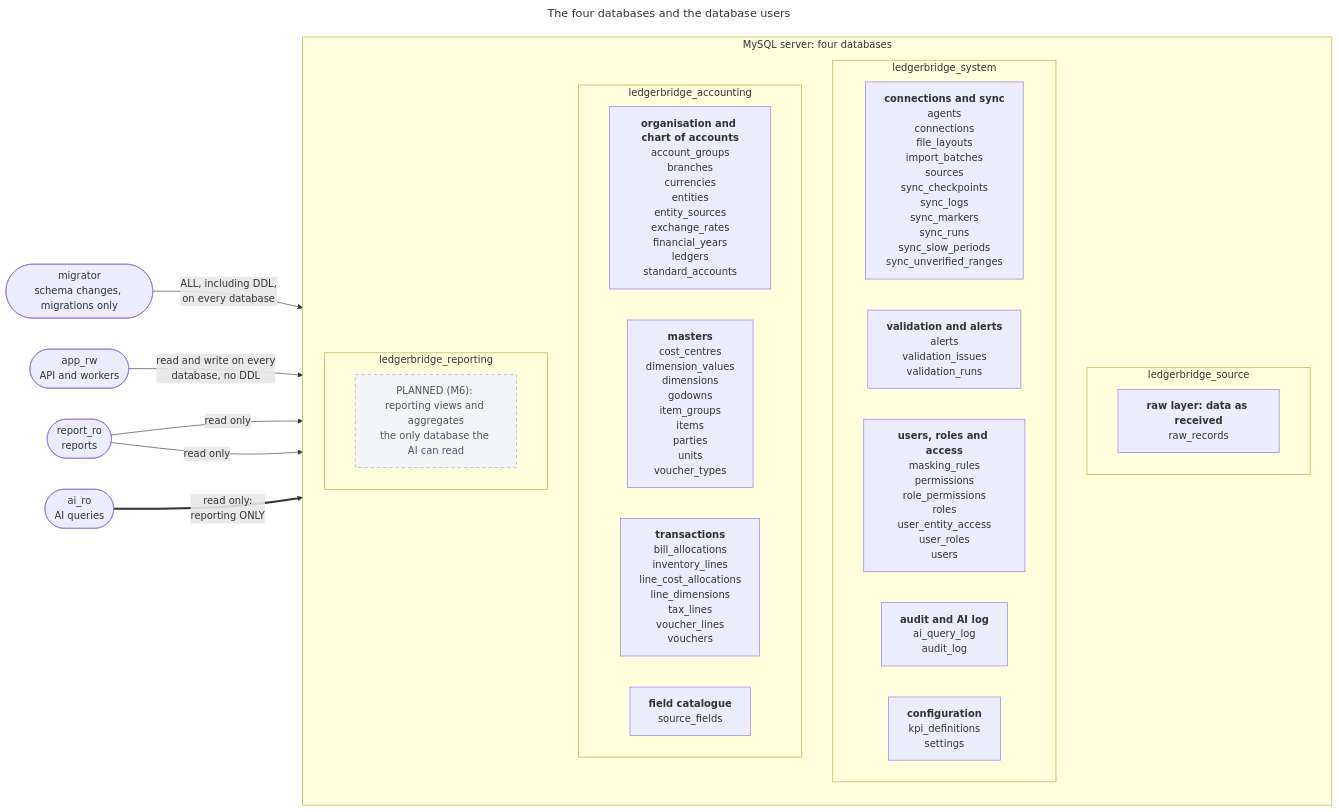
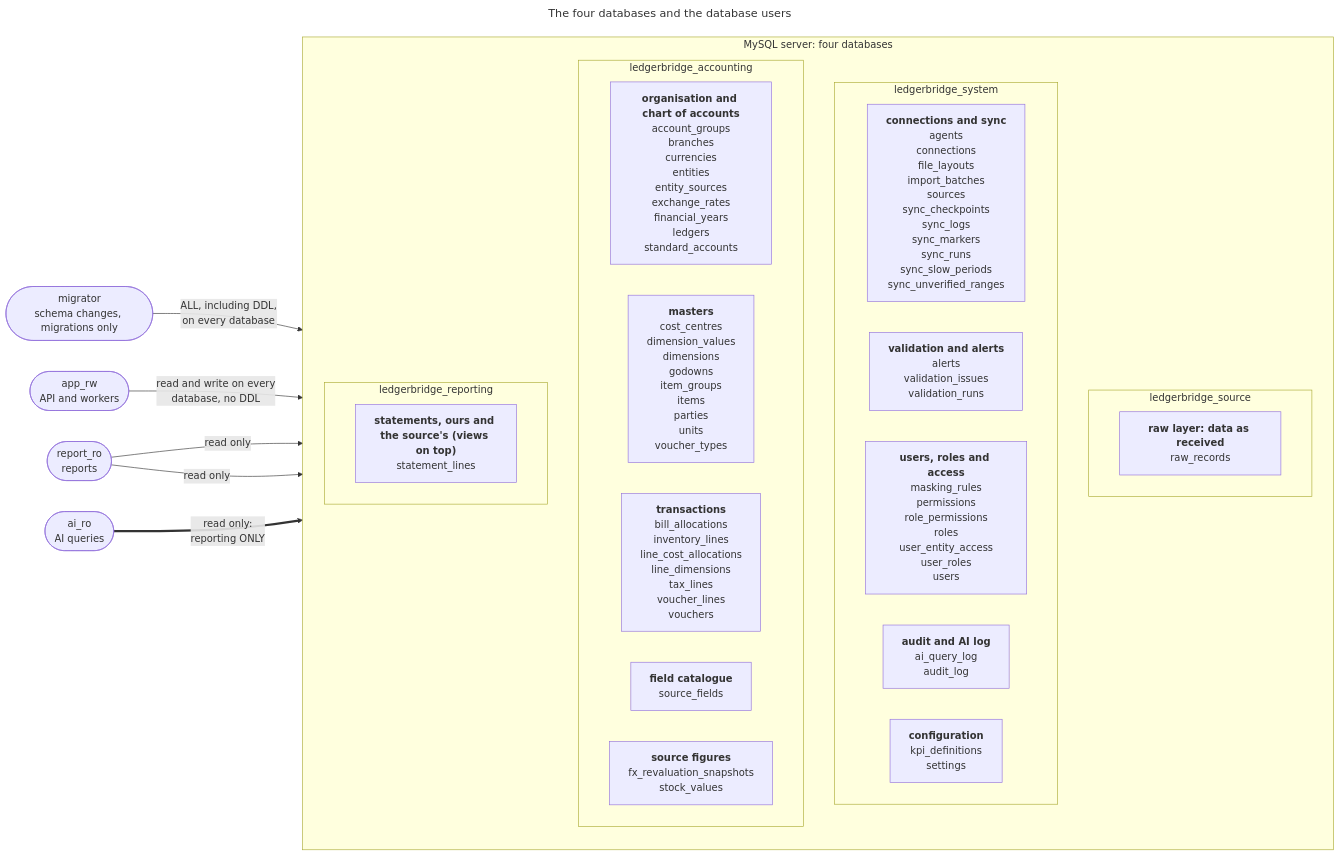
Before and after one commit to empirical-logic-2026/ledgerbridge: the diagram in docs/diagrams/schema-databases.mmd, drawn with Mermaid. The commit also changed 149 other files, not shown here.

Commit message:
DAT-013, VAL-015, RPT-012: the source's stock values and revaluations as source figures; Trial Balance, Profit & Loss and Balance Sheet checked against the source's own line by line (ADR-040)

```diff
--- a/docs/diagrams/schema-databases.mmd
+++ b/docs/diagrams/schema-databases.mmd
@@ -1,38 +1,38 @@
 ---
 title: "The four databases and the database users"
 ---
 %% Generated by `python -m devtools.diagrams` from core/models: don't edit by hand.
 flowchart LR
     migrator(["migrator<br/>schema changes, migrations only"])
     app_rw(["app_rw<br/>API and workers"])
     report_ro(["report_ro<br/>reports"])
     ai_ro(["ai_ro<br/>AI queries"])
     subgraph mysql["MySQL server: four databases"]
     direction TB
     subgraph ledgerbridge_source["ledgerbridge_source"]
         ledgerbridge_source_1["<b>raw layer: data as received</b><br/>raw_records"]
     end
     subgraph ledgerbridge_system["ledgerbridge_system"]
         ledgerbridge_system_1["<b>connections and sync</b><br/>agents<br/>connections<br/>file_layouts<br/>import_batches<br/>sources<br/>sync_checkpoints<br/>sync_logs<br/>sync_markers<br/>sync_runs<br/>sync_slow_periods<br/>sync_unverified_ranges"]
         ledgerbridge_system_2["<b>validation and alerts</b><br/>alerts<br/>validation_issues<br/>validation_runs"]
         ledgerbridge_system_3["<b>users, roles and access</b><br/>masking_rules<br/>permissions<br/>role_permissions<br/>roles<br/>user_entity_access<br/>user_roles<br/>users"]
         ledgerbridge_system_4["<b>audit and AI log</b><br/>ai_query_log<br/>audit_log"]
         ledgerbridge_system_5["<b>configuration</b><br/>kpi_definitions<br/>settings"]
     end
     subgraph ledgerbridge_accounting["ledgerbridge_accounting"]
         ledgerbridge_accounting_1["<b>organisation and chart of accounts</b><br/>account_groups<br/>branches<br/>currencies<br/>entities<br/>entity_sources<br/>exchange_rates<br/>financial_years<br/>ledgers<br/>standard_accounts"]
         ledgerbridge_accounting_2["<b>masters</b><br/>cost_centres<br/>dimension_values<br/>dimensions<br/>godowns<br/>item_groups<br/>items<br/>parties<br/>units<br/>voucher_types"]
         ledgerbridge_accounting_3["<b>transactions</b><br/>bill_allocations<br/>inventory_lines<br/>line_cost_allocations<br/>line_dimensions<br/>tax_lines<br/>voucher_lines<br/>vouchers"]
         ledgerbridge_accounting_4["<b>field catalogue</b><br/>source_fields"]
+        ledgerbridge_accounting_5["<b>source figures</b><br/>fx_revaluation_snapshots<br/>stock_values"]
     end
     subgraph ledgerbridge_reporting["ledgerbridge_reporting"]
-        ledgerbridge_reporting_planned["PLANNED (M6): reporting views and aggregates<br/>the only database the AI can read"]
+        ledgerbridge_reporting_1["<b>statements, ours and the source's (views on top)</b><br/>statement_lines"]
     end
     end
     migrator -->|"ALL, including DDL,<br/>on every database"| mysql
     app_rw -->|"read and write on every<br/>database, no DDL"| mysql
     report_ro -->|"read only"| ledgerbridge_accounting
     report_ro -->|"read only"| ledgerbridge_reporting
     ai_ro ==>|"read only:<br/>reporting ONLY"| ledgerbridge_reporting
     classDef planned fill:#f3f4f6,stroke:#9ca3af,stroke-dasharray:5 5,color:#4b5563
-    class ledgerbridge_reporting_planned planned
```
